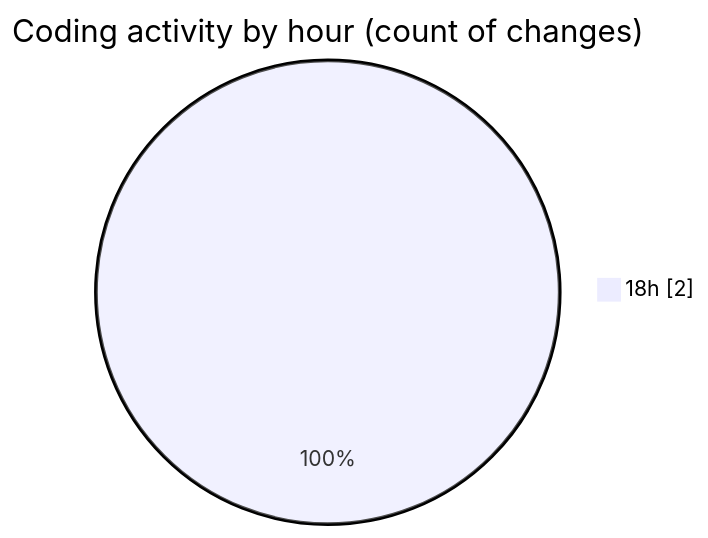
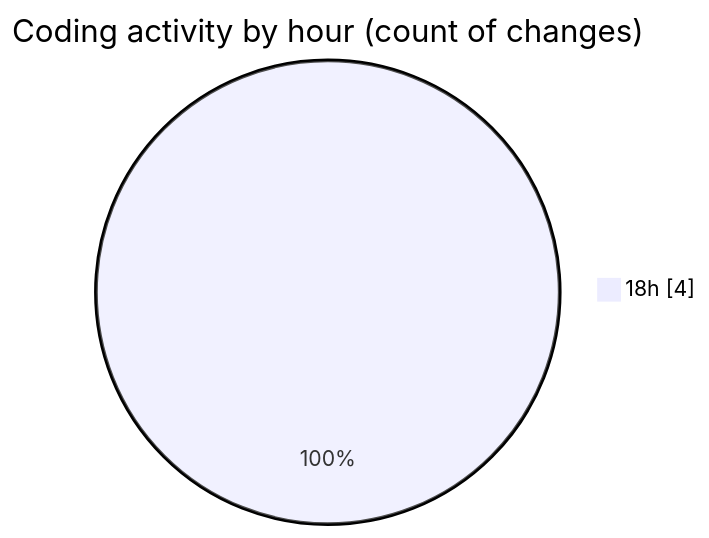
Before and after one commit to Netris89/code-tracking: the second of 2 diagrams in 2025-03-18/back-end/README.md, drawn with Mermaid. The commit also changed other lines of this file and 1 other file, not shown here.

````diff
--- a/2025-03-18/back-end/README.md
+++ b/2025-03-18/back-end/README.md
@@ -28,5 +30,5 @@
 ```mermaid
 pie showData
 title Coding activity by hour (count of changes)
-"18h" : 2
+"18h" : 4
 ```
````
